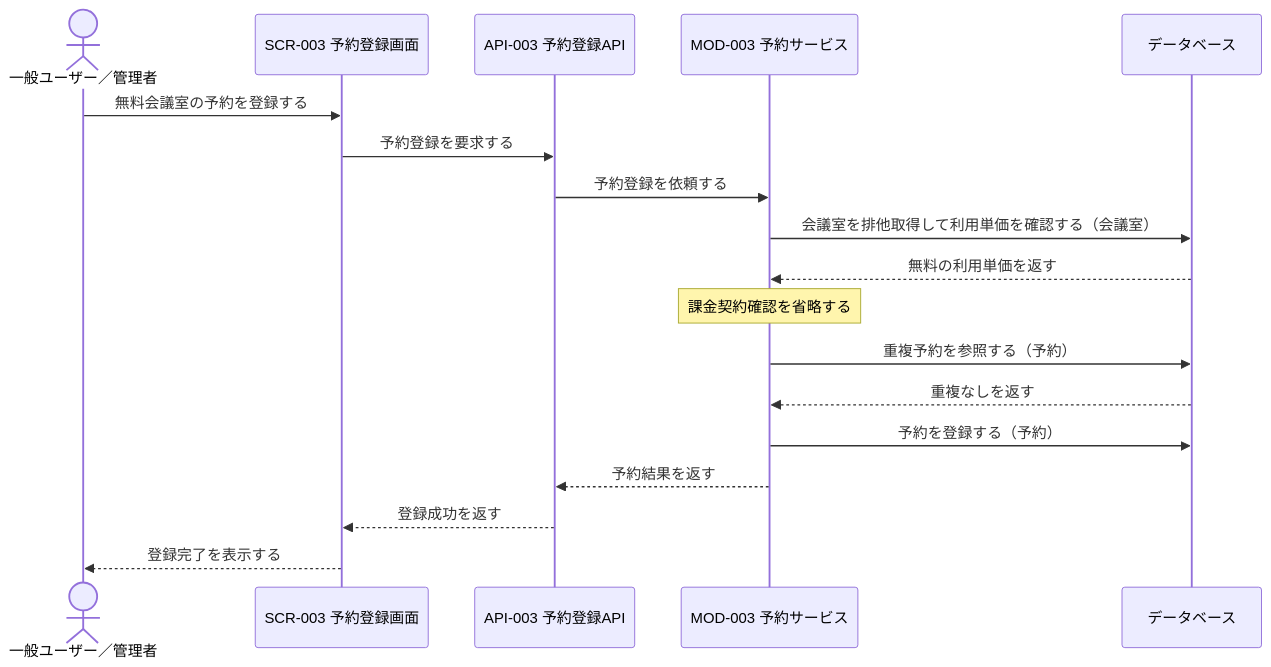
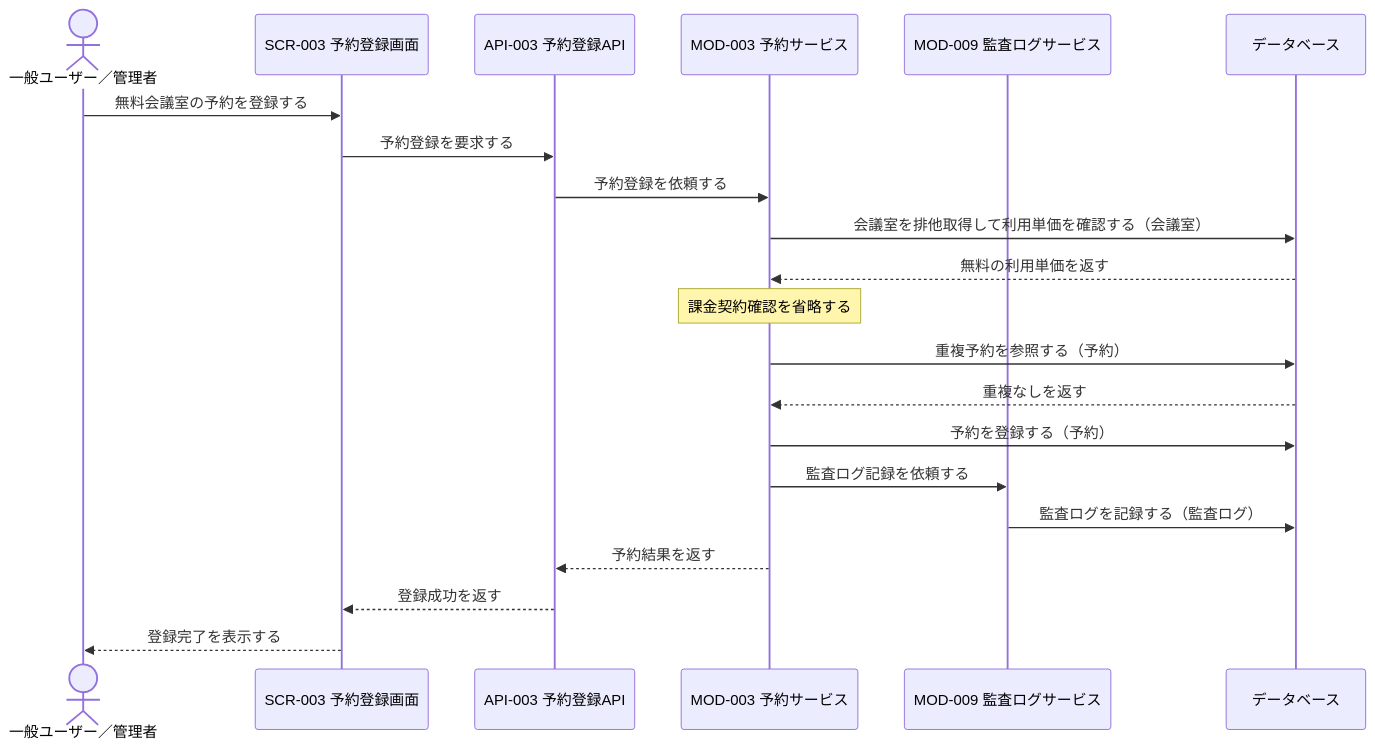
The second of 3 diagrams in docs/03_機能設計/02_シーケンス設計/SEQ-001_会議室予約登録シーケンス.md (sikakou54/system-document-template), drawn with Mermaid before and after one commit. The commit also changed other lines of this file and 136 other files, not shown here.

````diff
--- a/docs/03_機能設計/02_シーケンス設計/SEQ-001_会議室予約登録シーケンス.md
+++ b/docs/03_機能設計/02_シーケンス設計/SEQ-001_会議室予約登録シーケンス.md
@@ -72,21 +89,24 @@
 ```mermaid
 sequenceDiagram
     actor U as 一般ユーザー／管理者
     participant UI as SCR-003 予約登録画面
     participant API as API-003 予約登録API
     participant RES as MOD-003 予約サービス
+    participant AUDIT as MOD-009 監査ログサービス
     participant DB as データベース
 
     U->>UI: 無料会議室の予約を登録する
     UI->>API: 予約登録を要求する
     API->>RES: 予約登録を依頼する
     RES->>DB: 会議室を排他取得して利用単価を確認する（会議室）
     DB-->>RES: 無料の利用単価を返す
     Note over RES: 課金契約確認を省略する
     RES->>DB: 重複予約を参照する（予約）
     DB-->>RES: 重複なしを返す
     RES->>DB: 予約を登録する（予約）
+    RES->>AUDIT: 監査ログ記録を依頼する
+    AUDIT->>DB: 監査ログを記録する（監査ログ）
     RES-->>API: 予約結果を返す
     API-->>UI: 登録成功を返す
     UI-->>U: 登録完了を表示する
 ```
````
